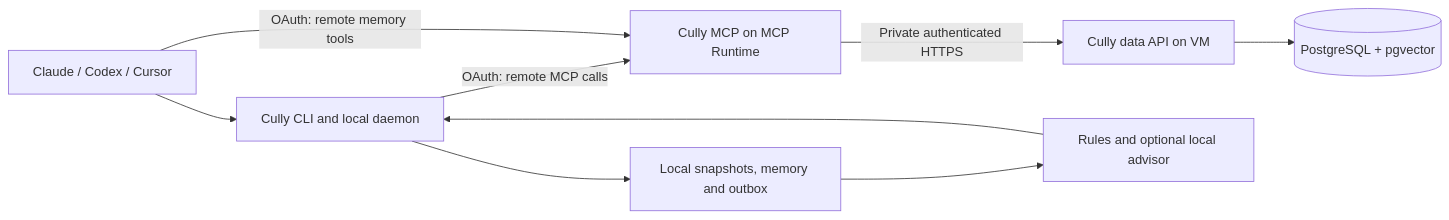
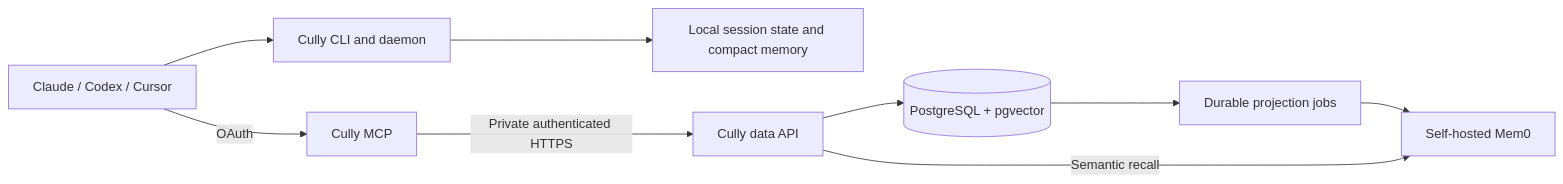
The diagram in docs/architecture.md (72sevenzy2/cully), drawn with Mermaid before and after one commit. The commit also changed other lines of this file and 22 other files, not shown here.

````diff
--- a/docs/architecture.md
+++ b/docs/architecture.md
@@ -59,11 +5,11 @@
 ```mermaid
 flowchart LR
-  A[Claude / Codex / Cursor] --> L[Cully CLI and local daemon]
-  L --> S[Local snapshots, memory and outbox]
-  L -->|OAuth: remote MCP calls| M[Cully MCP on MCP Runtime]
-  A -->|OAuth: remote memory tools| M
-  M -->|Private authenticated HTTPS| D[Cully data API on VM]
+  A[Claude / Codex / Cursor] --> L[Cully CLI and daemon]
+  L --> S[Local session state and compact memory]
+  A -->|OAuth| M[Cully MCP]
+  M -->|Private authenticated HTTPS| D[Cully data API]
   D --> P[(PostgreSQL + pgvector)]
-  S --> R[Rules and optional local advisor]
-  R --> L
+  P --> Q[Durable projection jobs]
+  Q --> F[Self-hosted Mem0]
+  D -->|Semantic recall| F
 ```
````
